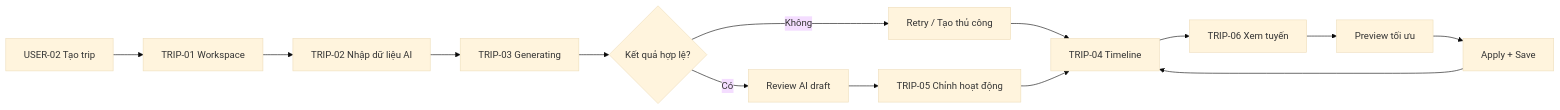
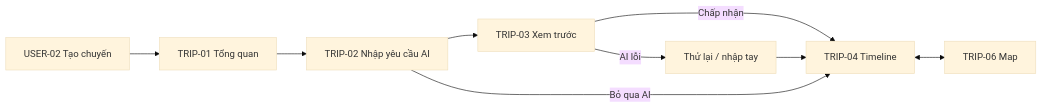
Before and after one commit to huukhanhh/LingoCraft-AI: the third of 3 diagrams in 02-design-system/prototype-screens.md, drawn with Mermaid (base theme). The commit also changed other lines of this file, not shown here.

````diff
--- a/02-design-system/prototype-screens.md
+++ b/02-design-system/prototype-screens.md
@@ -949,16 +1184,11 @@
 ```mermaid
 flowchart LR
-    A[USER-02 Tạo trip] --> B[TRIP-01 Workspace]
-    B --> C[TRIP-02 Nhập dữ liệu AI]
-    C --> D[TRIP-03 Generating]
-    D --> E{Kết quả hợp lệ?}
-    E -- Không --> F[Retry / Tạo thủ công]
-    F --> G[TRIP-04 Timeline]
-    E -- Có --> H[Review AI draft]
-    H --> I[TRIP-05 Chỉnh hoạt động]
-    I --> G
-    G --> J[TRIP-06 Xem tuyến]
-    J --> K[Preview tối ưu]
-    K --> L[Apply + Save]
-    L --> G
+  A[USER-02 Tạo chuyến] --> B[TRIP-01 Tổng quan]
+  B --> C[TRIP-02 Nhập yêu cầu AI]
+  C --> D[TRIP-03 Xem trước]
+  D -->|Chấp nhận| E[TRIP-04 Timeline]
+  C -->|Bỏ qua AI| E
+  D -->|AI lỗi| F[Thử lại / nhập tay]
+  F --> E
+  E <--> G[TRIP-06 Map]
 ```
````
